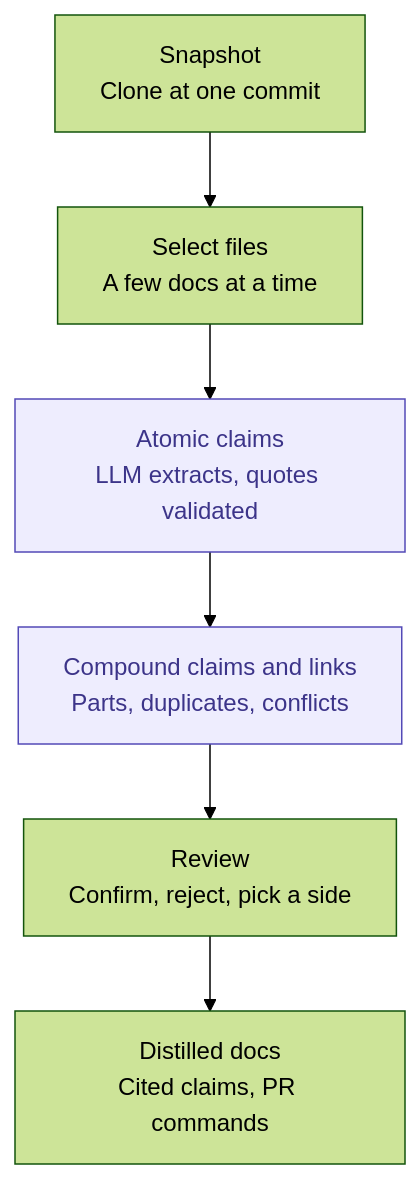
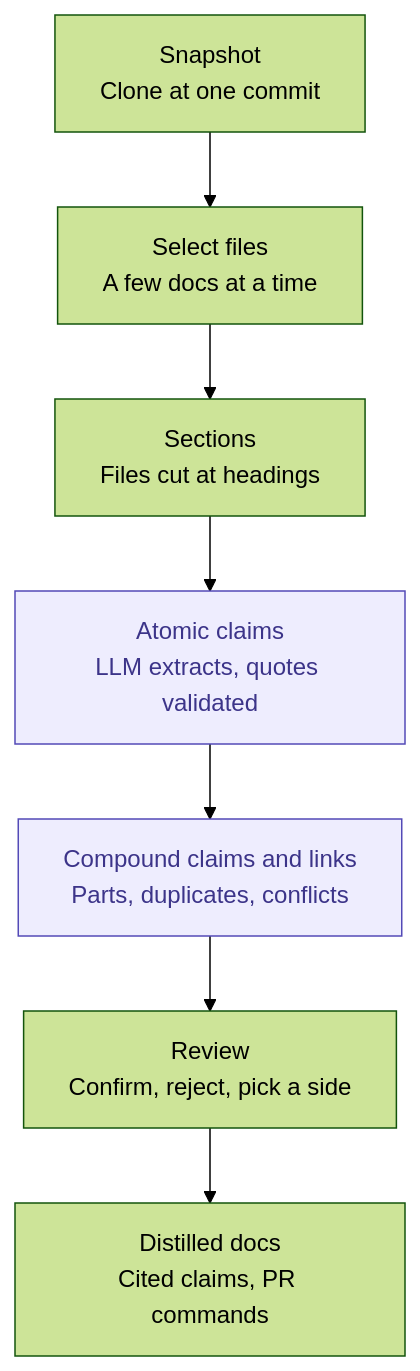
Before and after one commit to itsrachelfish/distillery: the first of 2 diagrams in docs/mvp-plan.md, drawn with Mermaid (forest theme). The commit also changed other lines of this file and 3 other files, not shown here.

````diff
--- a/docs/mvp-plan.md
+++ b/docs/mvp-plan.md
@@ -41,16 +46,18 @@
 ```mermaid
 flowchart TD
     snap["Snapshot<br/>Clone at one commit"]
     pick["Select files<br/>A few docs at a time"]
+    sect["Sections<br/>Files cut at headings"]
     atoms["Atomic claims<br/>LLM extracts, quotes validated"]
     compound["Compound claims and links<br/>Parts, duplicates, conflicts"]
     rev["Review<br/>Confirm, reject, pick a side"]
     out["Distilled docs<br/>Cited claims, PR commands"]
     snap --> pick
-    pick --> atoms
+    pick --> sect
+    sect --> atoms
     atoms --> compound
     compound --> rev
     rev --> out
     classDef llm fill:#EEEDFE,stroke:#534AB7,color:#3C3489
     class atoms,compound llm
 ```
````
